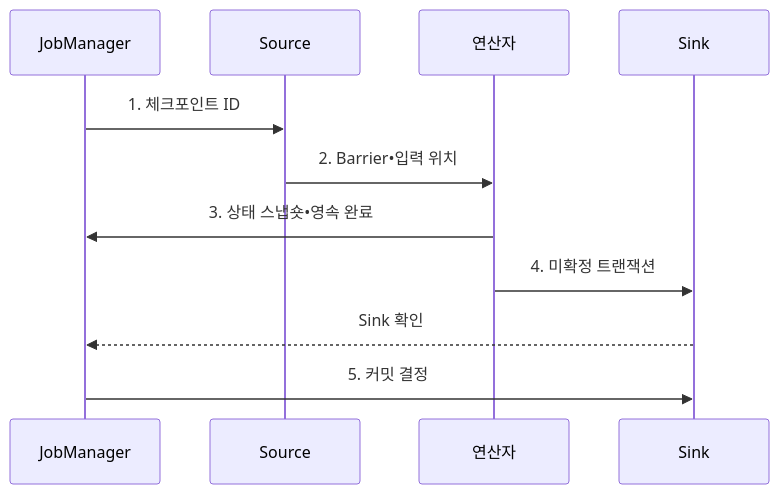
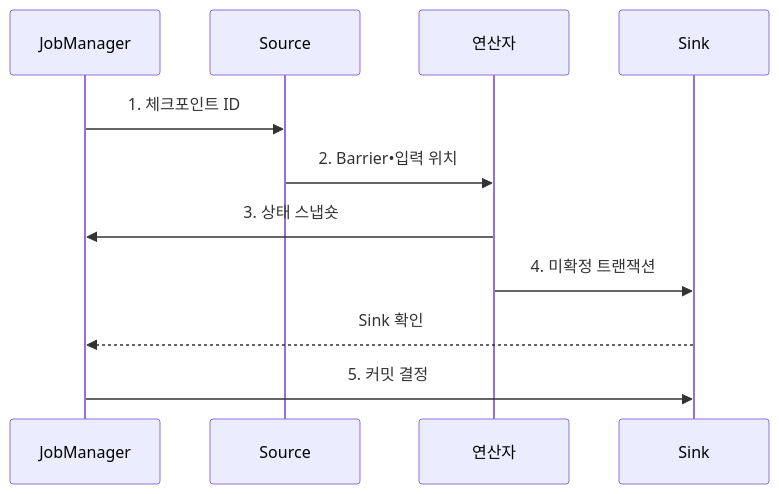
Before and after one commit to agnusdei1207/knowledge-base: the second of 2 diagrams in src/content/docs/notes/03-software/120_apache_flink.md, drawn with Mermaid. The commit also changed other lines of this file and 13 other files, not shown here.

````diff
--- a/src/content/docs/notes/03-software/120_apache_flink.md
+++ b/src/content/docs/notes/03-software/120_apache_flink.md
@@ -112,13 +112,13 @@
 ```mermaid
 sequenceDiagram
     participant J as JobManager
     participant S as Source
     participant O as 연산자
     participant K as Sink
     J->>S: 1. 체크포인트 ID
     S->>O: 2. Barrier•입력 위치
-    O->>J: 3. 상태 스냅숏•영속 완료
+    O->>J: 3. 상태 스냅숏
     O->>K: 4. 미확정 트랜잭션
     K-->>J: Sink 확인
     J->>K: 5. 커밋 결정
 ```
````
